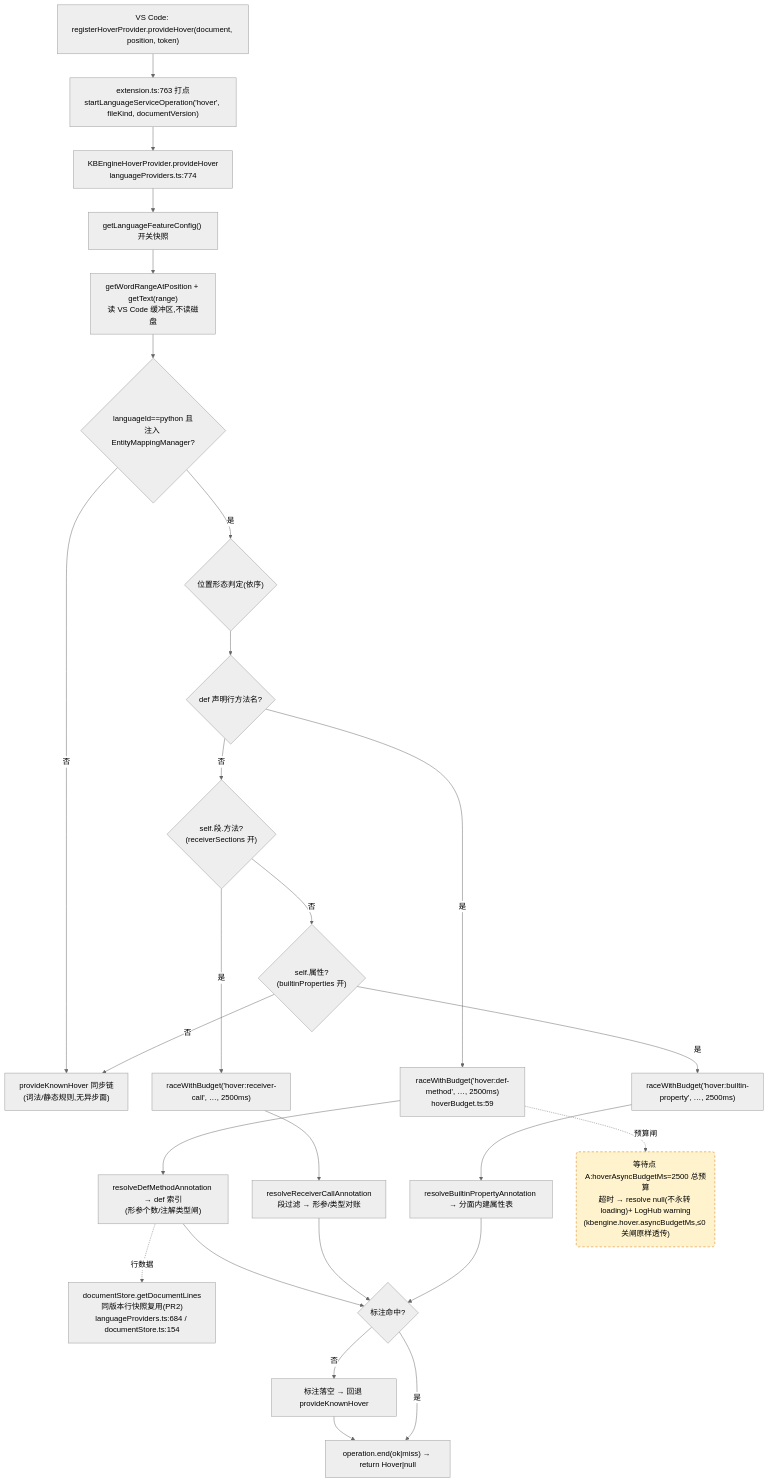
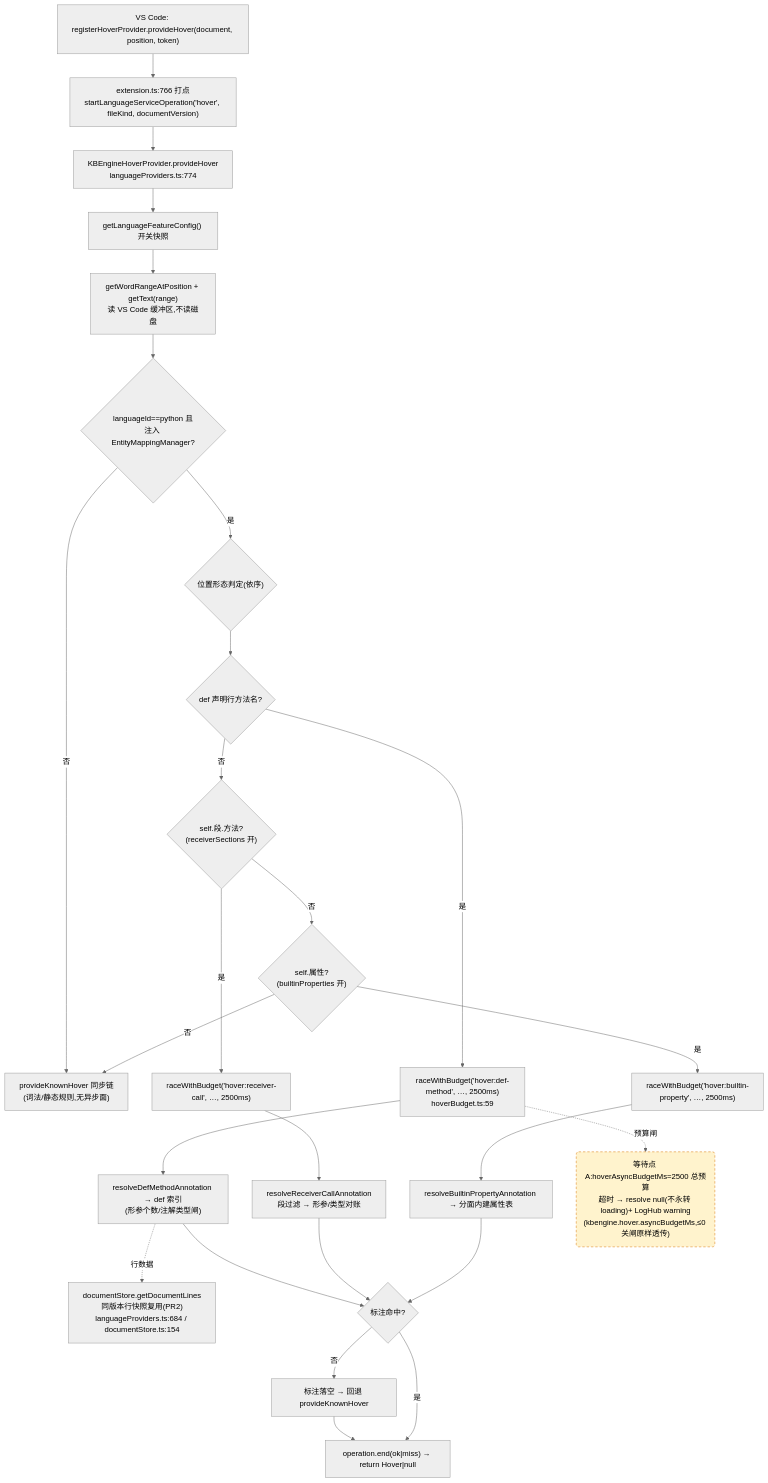
Before and after one commit to cuihairu/kode: the first of 4 diagrams in docs/perf/2026-baseline.md, drawn with Mermaid (neutral theme). The commit also changed other lines of this file and 5 other files, not shown here.

````diff
--- a/docs/perf/2026-baseline.md
+++ b/docs/perf/2026-baseline.md
@@ -82,45 +82,45 @@
 ```mermaid
 flowchart TD
   VC1["VS Code: registerHoverProvider.provideHover(document, position, token)"]
-  M1["extension.ts:763 打点<br/>startLanguageServiceOperation('hover', fileKind, documentVersion)"]
+  M1["extension.ts:766 打点<br/>startLanguageServiceOperation('hover', fileKind, documentVersion)"]
   HP["KBEngineHoverProvider.provideHover<br/>languageProviders.ts:774"]
   CFG["getLanguageFeatureConfig() 开关快照"]
   WORD["getWordRangeAtPosition + getText(range)<br/>读 VS Code 缓冲区,不读磁盘"]
   BR{"languageId==python 且<br/>注入 EntityMappingManager?"}
   KN["provideKnownHover 同步链<br/>(词法/静态规则,无异步面)"]
   POS{"位置形态判定(依序)"}
   D1{"def 声明行方法名?"}
   D2{"self.段.方法?<br/>(receiverSections 开)"}
   D3{"self.属性?<br/>(builtinProperties 开)"}
   RA1["raceWithBudget('hover:def-method', …, 2500ms)<br/>hoverBudget.ts:59"]
   RA2["raceWithBudget('hover:receiver-call', …, 2500ms)"]
   RA3["raceWithBudget('hover:builtin-property', …, 2500ms)"]
   RS1["resolveDefMethodAnnotation → def 索引<br/>(形参个数/注解类型闸)"]
   RS2["resolveReceiverCallAnnotation<br/>段过滤 → 形参/类型对账"]
   RS3["resolveBuiltinPropertyAnnotation → 分面内建属性表"]
   LINES["documentStore.getDocumentLines<br/>同版本行快照复用(PR2)<br/>languageProviders.ts:684 / documentStore.ts:154"]
   MISS["标注落空 → 回退 provideKnownHover"]
   END1["operation.end(ok|miss) → return Hover|null"]
 
   VC1 --> M1 --> HP --> CFG --> WORD --> BR
   BR -- "否" --> KN
   BR -- "是" --> POS --> D1
   D1 -- "是" --> RA1 --> RS1
   D1 -- "否" --> D2
   D2 -- "是" --> RA2 --> RS2
   D2 -- "否" --> D3
   D3 -- "是" --> RA3 --> RS3
   D3 -- "否" --> KN
   RS1 --> HIT{"标注命中?"}
   RS2 --> HIT
   RS3 --> HIT
   RS1 -.->|行数据| LINES
   HIT -- "否" --> MISS --> END1
   HIT -- "是" --> END1
 
   WAITA("等待点 A:hoverAsyncBudgetMs=2500 总预算<br/>超时 → resolve null(不永转 loading)+ LogHub warning<br/>(kbengine.hover.asyncBudgetMs,≤0 关闸原样透传)")
   RA1 -.->|预算闸| WAITA
 
   classDef waitPoint fill:#fff3cd,stroke:#d97706,stroke-dasharray:5 4;
   class WAITA waitPoint;
 ```
````
